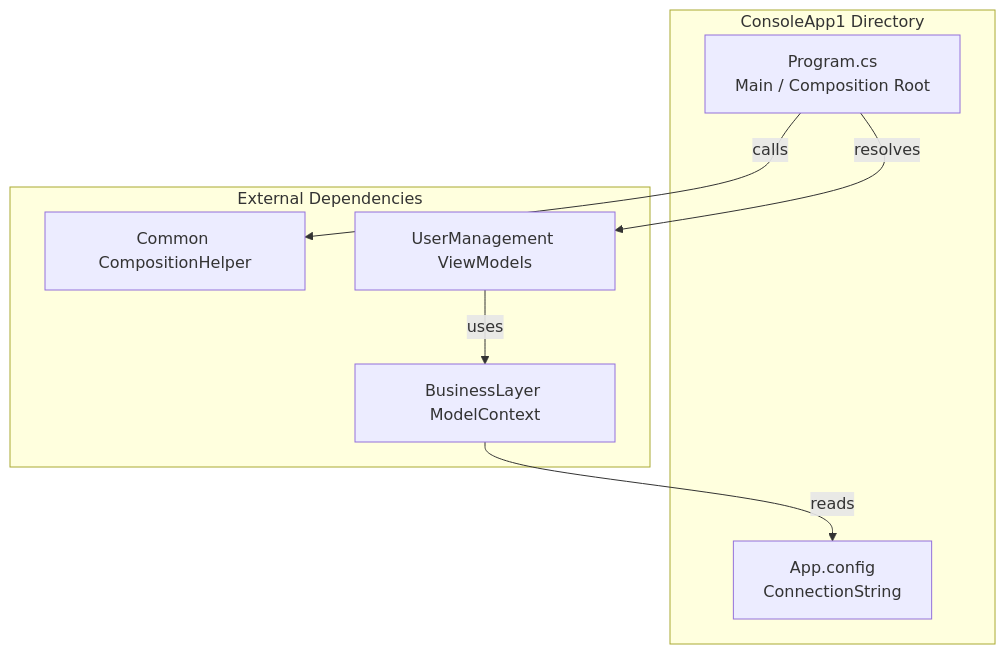
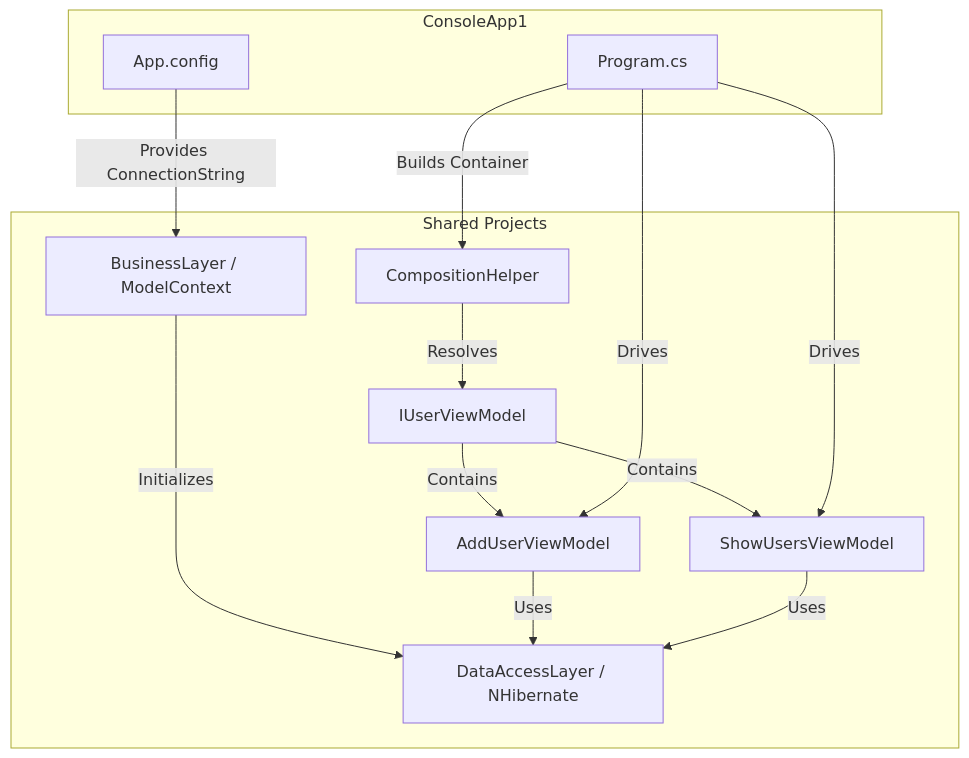
Before and after one commit to wetzlmaier-scch/mvvm: the diagram in doc/ConsoleApp1.md, drawn with Mermaid. The commit also changed other lines of this file and 111 other files, not shown here.

````diff
--- a/doc/ConsoleApp1.md
+++ b/doc/ConsoleApp1.md
@@ -20,18 +22,28 @@
 ```mermaid
 flowchart TD
-    subgraph ConsoleApp1 Directory
-        P[Program.cs<br/>Main / Composition Root]
-        C[App.config<br/>ConnectionString]
+    subgraph "ConsoleApp1"
+        P[Program.cs]
+        C[App.config]
     end
 
-    subgraph External Dependencies
-        CH[Common CompositionHelper]
-        UM[UserManagement ViewModels]
-        BL[BusinessLayer ModelContext]
+    subgraph "Shared Projects"
+        CH[CompositionHelper]
+        UV[IUserViewModel]
+        AUV[AddUserViewModel]
+        SUV[ShowUsersViewModel]
+        ML[BusinessLayer / ModelContext]
+        DAL[DataAccessLayer / NHibernate]
     end
 
-    P -->|calls| CH
-    P -->|resolves| UM
-    BL -->|reads| C
-    UM -->|uses| BL
+    P -->|Builds Container| CH
+    CH -->|Resolves| UV
+    UV -->|Contains| AUV
+    UV -->|Contains| SUV
+    P -->|Drives| AUV
+    P -->|Drives| SUV
+    
+    C -->|Provides ConnectionString| ML
+    ML -->|Initializes| DAL
+    AUV -->|Uses| DAL
+    SUV -->|Uses| DAL
 ```
````
